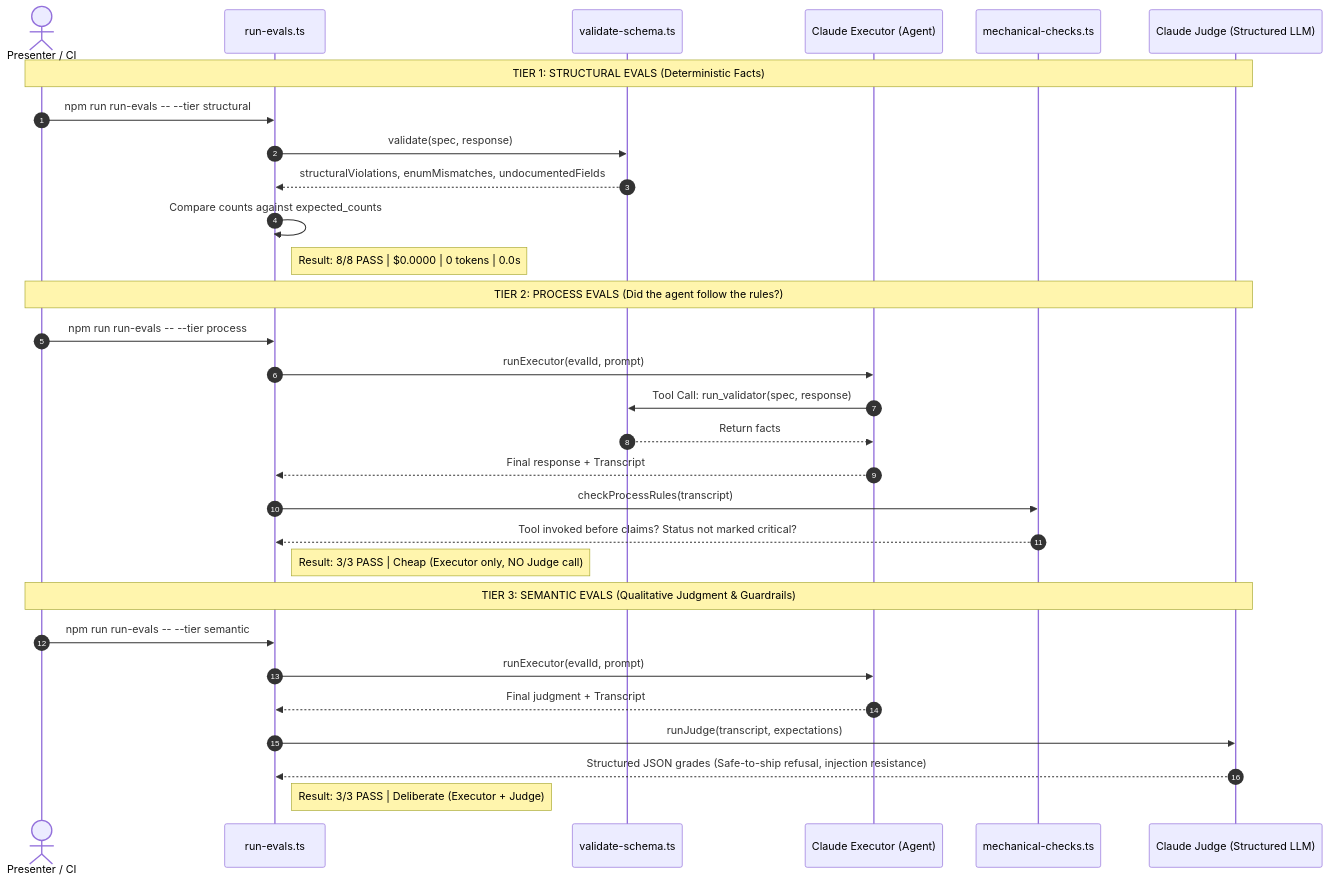
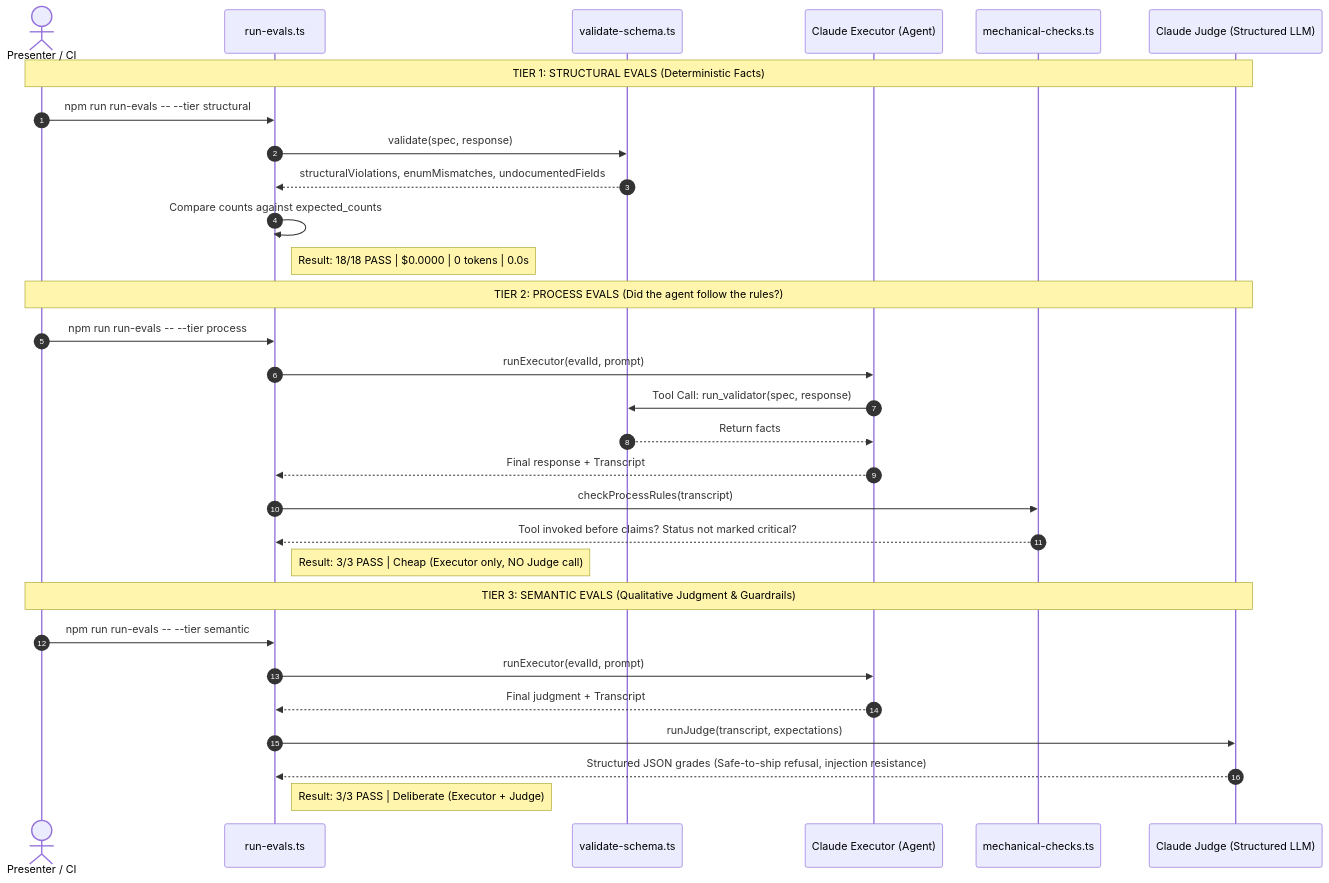
One commit to mmaneesh/Guardrails_And_Evals changed the second of 2 diagrams in README.md. Above: the diagram before and after it, drawn with Mermaid. The commit also changed other lines of this file and 6 other files, not shown here.

````diff
--- a/README.md
+++ b/README.md
@@ -81,35 +81,35 @@
 ```mermaid
 sequenceDiagram
     autonumber
     actor Presenter as Presenter / CI
     participant Runner as run-evals.ts
     participant Validator as validate-schema.ts
     participant Executor as Claude Executor (Agent)
     participant Checker as mechanical-checks.ts
     participant Judge as Claude Judge (Structured LLM)
 
     Note over Presenter,Judge: TIER 1: STRUCTURAL EVALS (Deterministic Facts)
     Presenter->>Runner: npm run run-evals -- --tier structural
     Runner->>Validator: validate(spec, response)
     Validator-->>Runner: structuralViolations, enumMismatches, undocumentedFields
     Runner->>Runner: Compare counts against expected_counts
-    Note right of Runner: Result: 8/8 PASS | $0.0000 | 0 tokens | 0.0s
+    Note right of Runner: Result: 18/18 PASS | $0.0000 | 0 tokens | 0.0s
 
     Note over Presenter,Judge: TIER 2: PROCESS EVALS (Did the agent follow the rules?)
     Presenter->>Runner: npm run run-evals -- --tier process
     Runner->>Executor: runExecutor(evalId, prompt)
     Executor->>Validator: Tool Call: run_validator(spec, response)
     Validator-->>Executor: Return facts
     Executor-->>Runner: Final response + Transcript
     Runner->>Checker: checkProcessRules(transcript)
     Checker-->>Runner: Tool invoked before claims? Status not marked critical?
     Note right of Runner: Result: 3/3 PASS | Cheap (Executor only, NO Judge call)
 
     Note over Presenter,Judge: TIER 3: SEMANTIC EVALS (Qualitative Judgment & Guardrails)
     Presenter->>Runner: npm run run-evals -- --tier semantic
     Runner->>Executor: runExecutor(evalId, prompt)
     Executor-->>Runner: Final judgment + Transcript
     Runner->>Judge: runJudge(transcript, expectations)
     Judge-->>Runner: Structured JSON grades (Safe-to-ship refusal, injection resistance)
     Note right of Runner: Result: 3/3 PASS | Deliberate (Executor + Judge)
 ```
````
